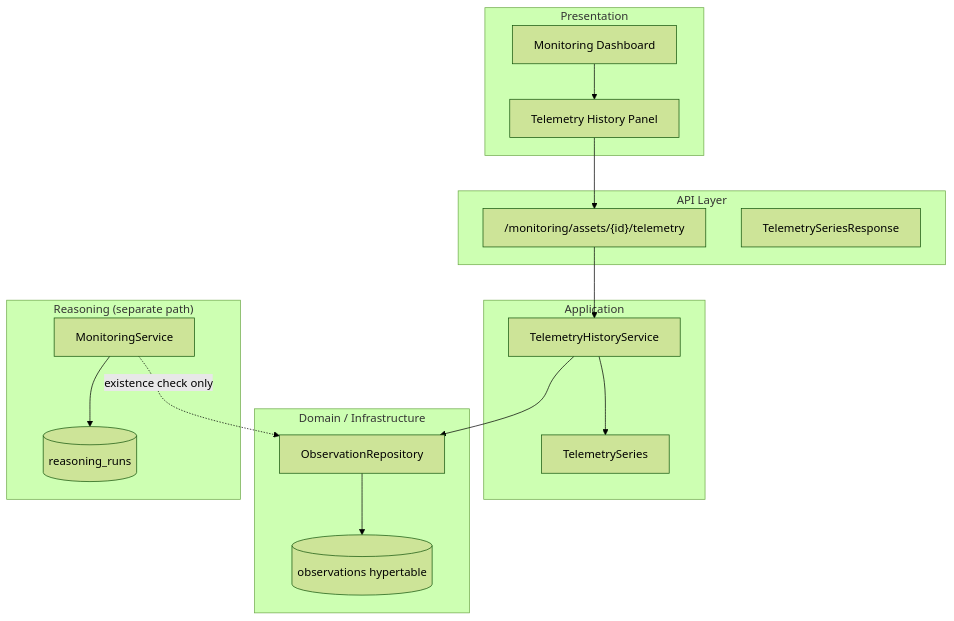
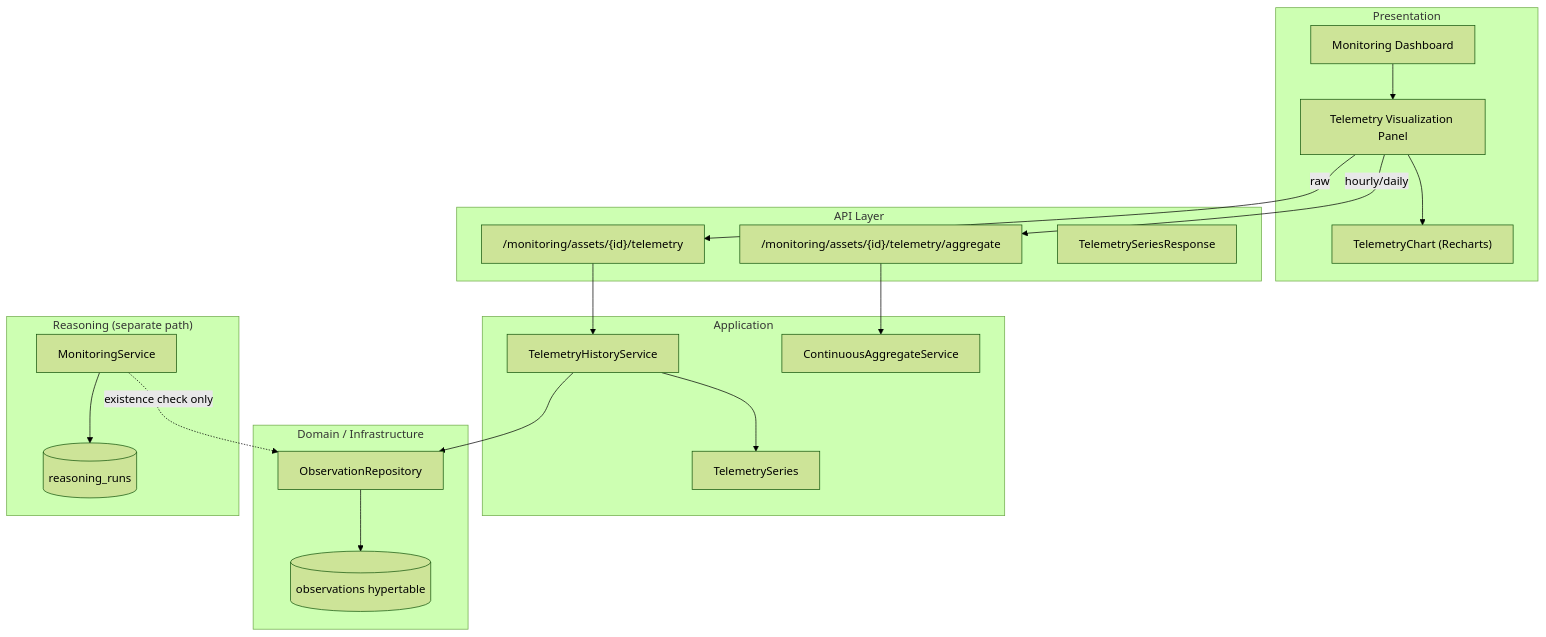
The second of 2 diagrams in docs/platform/telemetry-history.md (Saim-naushad/Odis), drawn with Mermaid (forest theme) before and after one commit. The commit also changed other lines of this file and 13 other files, not shown here.

Commit message:
feat(frontend): add interactive telemetry visualization dashboard

````diff
--- a/docs/platform/telemetry-history.md
+++ b/docs/platform/telemetry-history.md
@@ -172,36 +194,42 @@
 ```mermaid
 flowchart TB
     subgraph presentation["Presentation"]
         DASH["Monitoring Dashboard"]
-        PANEL["Telemetry History Panel"]
+        PANEL["Telemetry Visualization Panel"]
+        CHART["TelemetryChart (Recharts)"]
     end
 
     subgraph api["API Layer"]
         ROUTER["/monitoring/assets/{id}/telemetry"]
+        AGG["/monitoring/assets/{id}/telemetry/aggregate"]
         SCHEMA["TelemetrySeriesResponse"]
     end
 
     subgraph application["Application"]
         SVC["TelemetryHistoryService"]
+        CASVC["ContinuousAggregateService"]
         SERIES["TelemetrySeries"]
     end
 
     subgraph domain["Domain / Infrastructure"]
         REPO["ObservationRepository"]
         OBS[("observations hypertable")]
     end
 
     subgraph reasoning["Reasoning (separate path)"]
         MON["MonitoringService"]
         RUNS[("reasoning_runs")]
     end
 
     DASH --> PANEL
-    PANEL --> ROUTER
+    PANEL --> CHART
+    PANEL -->|"raw"| ROUTER
+    PANEL -->|"hourly/daily"| AGG
     ROUTER --> SVC
+    AGG --> CASVC
     SVC --> SERIES
     SVC --> REPO
     REPO --> OBS
     MON --> RUNS
     MON -.->|"existence check only"| REPO
 ```
````
